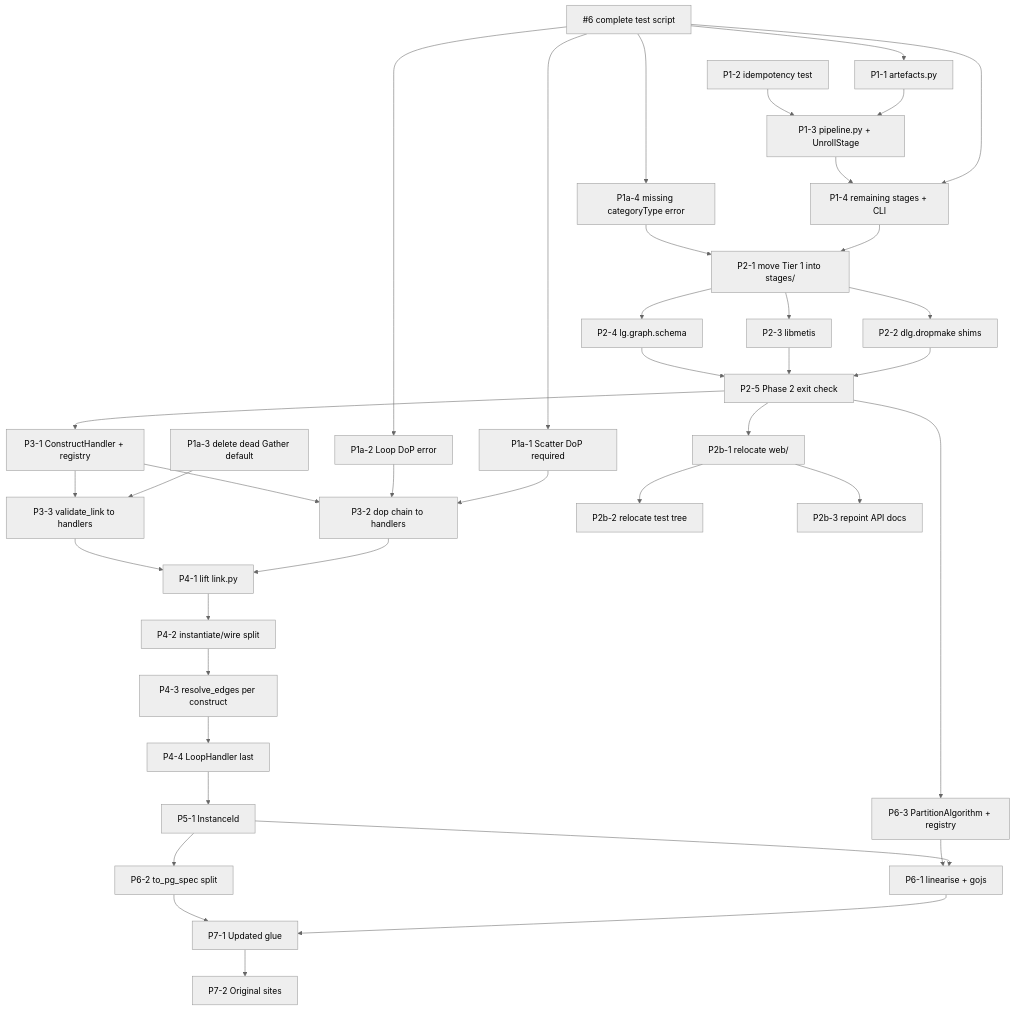
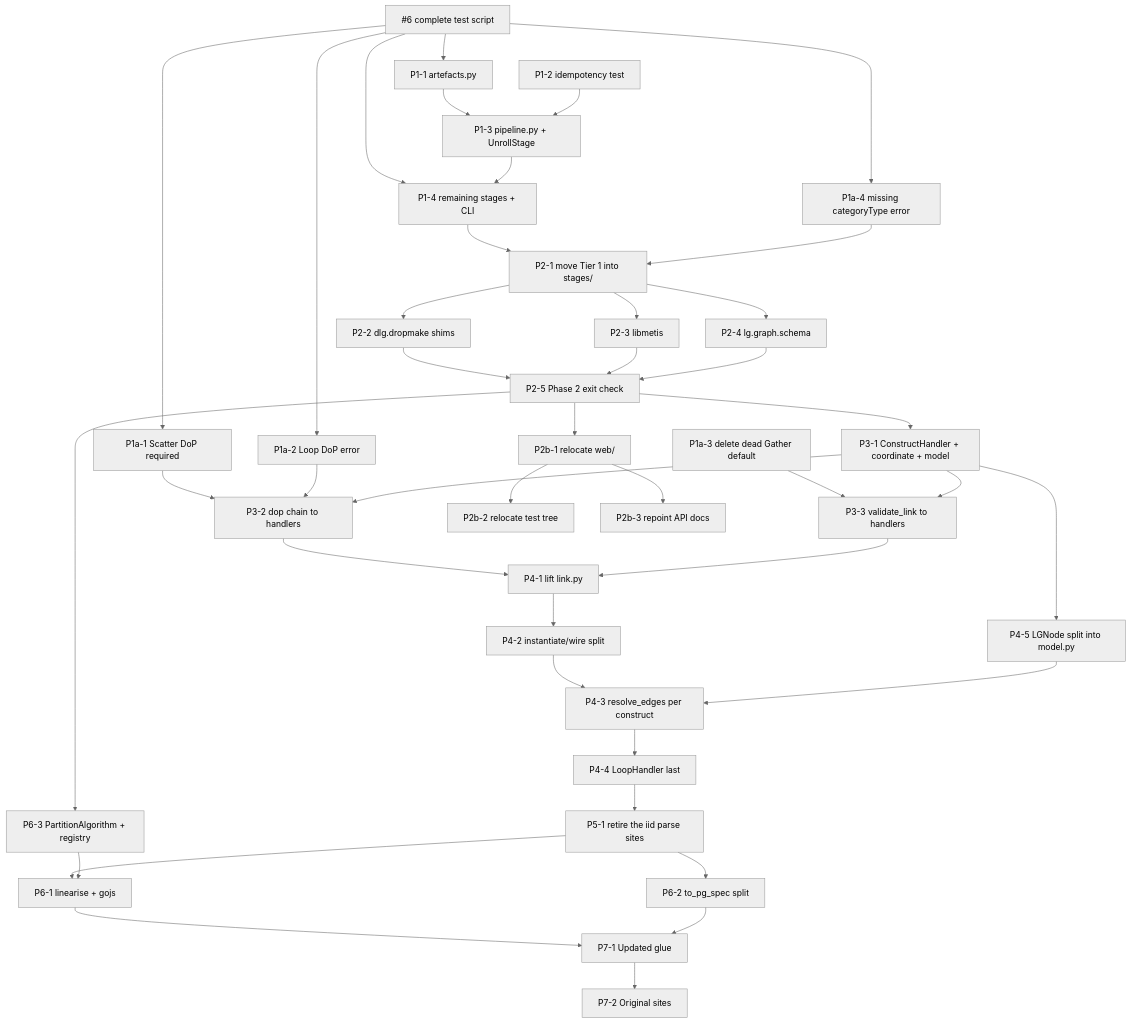
Before and after one commit to SachaPoulet/daliuge: the diagram in daliuge-translator/ARCHITECTURE_ISSUE_PLAN.md, drawn with Mermaid (neutral theme). The commit also changed other lines of this file and 2 other files, not shown here.

````diff
--- a/daliuge-translator/ARCHITECTURE_ISSUE_PLAN.md
+++ b/daliuge-translator/ARCHITECTURE_ISSUE_PLAN.md
@@ -17,23 +17,24 @@
 ```mermaid
 flowchart TD
     I6["#6 complete test script"] --> P1_1 & P1_4 & P1a_1 & P1a_2 & P1a_4
     P1_1["P1-1 artefacts.py"] --> P1_3
     P1_2["P1-2 idempotency test"] --> P1_3
     P1_3["P1-3 pipeline.py + UnrollStage"] --> P1_4["P1-4 remaining stages + CLI"]
     P1_4 --> P2_1["P2-1 move Tier 1 into stages/"]
     P1a_1["P1a-1 Scatter DoP required"] --> P3_2
     P1a_2["P1a-2 Loop DoP error"] --> P3_2
     P1a_3["P1a-3 delete dead Gather default"] --> P3_3
     P1a_4["P1a-4 missing categoryType error"] --> P2_1
     P2_1 --> P2_2["P2-2 dlg.dropmake shims"] & P2_3["P2-3 libmetis"] & P2_4["P2-4 lg.graph.schema"]
     P2_2 & P2_3 & P2_4 --> P2_5["P2-5 Phase 2 exit check"]
-    P2_5 --> P2b_1["P2b-1 relocate web/"] & P3_1["P3-1 ConstructHandler + registry"] & P6_3["P6-3 PartitionAlgorithm + registry"]
+    P2_5 --> P2b_1["P2b-1 relocate web/"] & P3_1["P3-1 ConstructHandler + coordinate + model"] & P6_3["P6-3 PartitionAlgorithm + registry"]
     P2b_1 --> P2b_2["P2b-2 relocate test tree"]
     P2b_1 --> P2b_3["P2b-3 repoint API docs"]
     P3_1 --> P3_2["P3-2 dop chain to handlers"] & P3_3["P3-3 validate_link to handlers"]
     P3_2 & P3_3 --> P4_1["P4-1 lift link.py"]
     P4_1 --> P4_2["P4-2 instantiate/wire split"] --> P4_3["P4-3 resolve_edges per construct"] --> P4_4["P4-4 LoopHandler last"]
-    P4_4 --> P5_1["P5-1 InstanceId"] --> P6_1["P6-1 linearise + gojs"] & P6_2["P6-2 to_pg_spec split"]
+    P3_1 --> P4_5["P4-5 LGNode split into model.py"] --> P4_3
+    P4_4 --> P5_1["P5-1 retire the iid parse sites"] --> P6_1["P6-1 linearise + gojs"] & P6_2["P6-2 to_pg_spec split"]
     P6_3 --> P6_1
     P6_1 & P6_2 --> P7_1["P7-1 Updated glue"] --> P7_2["P7-2 Original sites"]
 ```
````
